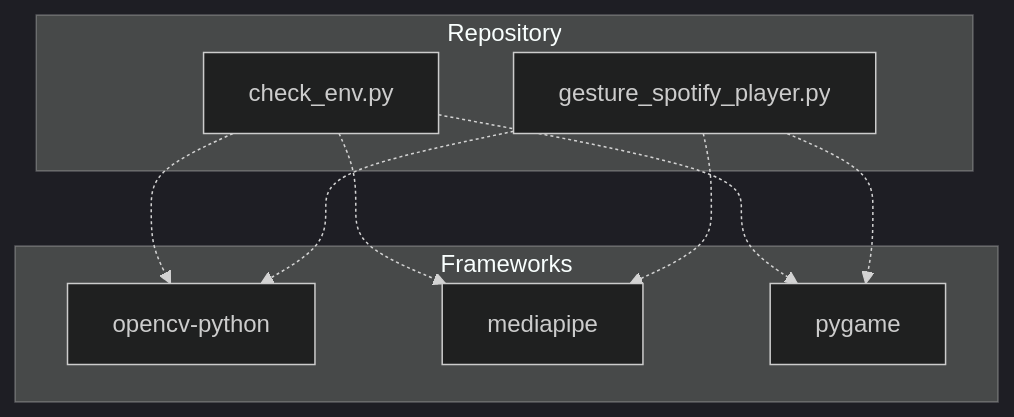
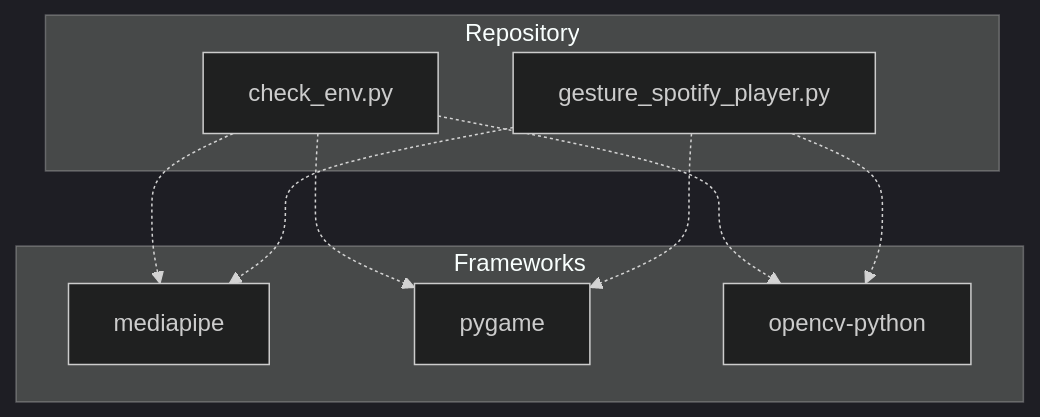
One commit to NITISH-R-G/PalmPlay1 changed the first of 2 diagrams in README.md. Above: the diagram before and after it, drawn with Mermaid (dark theme). The commit also changed other lines of this file and 3 other files, not shown here.

Commit message:
docs: update repository documentation and diagrams [skip ci]

````diff
--- a/README.md
+++ b/README.md
@@ -39,20 +39,20 @@
 ```mermaid
 graph TD
     subgraph Repository
         check_env_py[check_env.py]
         gesture_spotify_player_py[gesture_spotify_player.py]
         click check_env_py href "https://github.com/NITISH-R-G/PalmPlay1/blob/main/check_env.py" "View source code"
         click gesture_spotify_player_py href "https://github.com/NITISH-R-G/PalmPlay1/blob/main/gesture_spotify_player.py" "View source code"
     end
     subgraph Frameworks
-        fw_opencv_python[opencv-python]
         fw_mediapipe[mediapipe]
         fw_pygame[pygame]
+        fw_opencv_python[opencv-python]
     end
-    check_env_py -.-> fw_opencv_python
     check_env_py -.-> fw_mediapipe
     check_env_py -.-> fw_pygame
-    gesture_spotify_player_py -.-> fw_opencv_python
+    check_env_py -.-> fw_opencv_python
     gesture_spotify_player_py -.-> fw_mediapipe
     gesture_spotify_player_py -.-> fw_pygame
+    gesture_spotify_player_py -.-> fw_opencv_python
 ```
````
